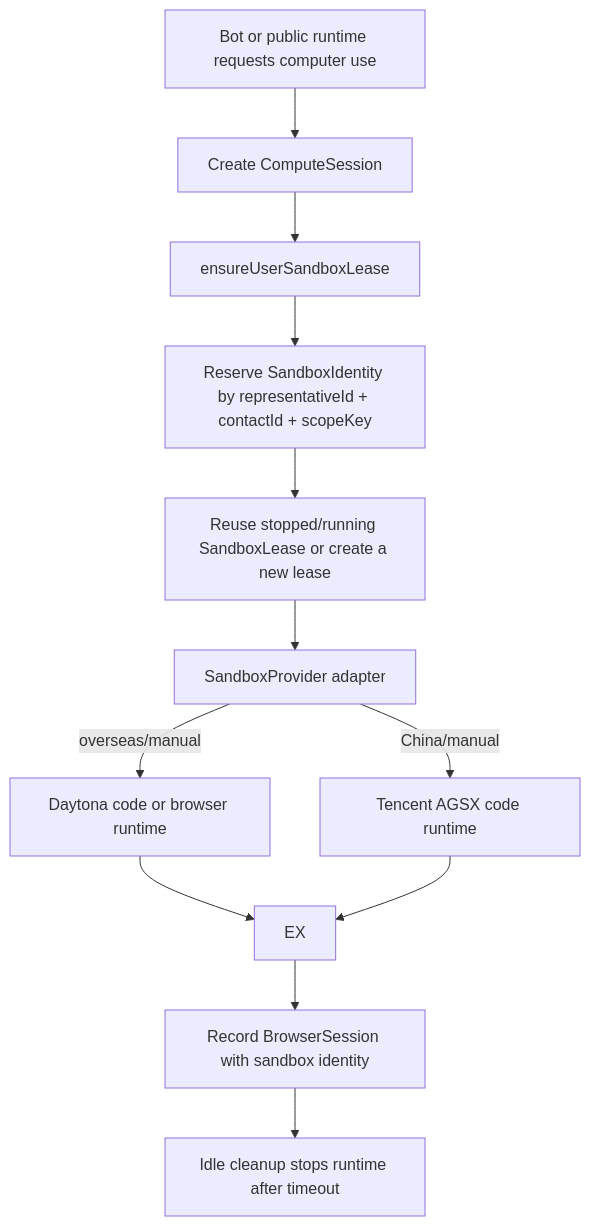
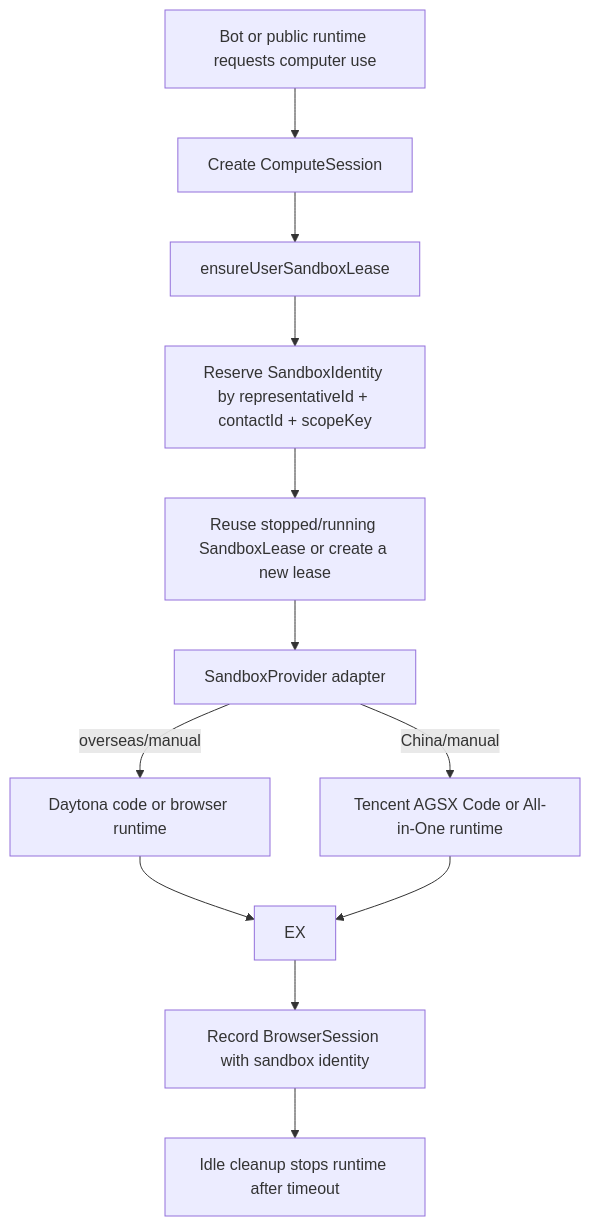
Before and after one commit to BIFNC-TEAM/Delegate: the diagram in docs/per-user-sandbox-runtime.md, drawn with Mermaid. The commit also changed other lines of this file and 242 other files, not shown here.

````diff
--- a/docs/per-user-sandbox-runtime.md
+++ b/docs/per-user-sandbox-runtime.md
@@ -21,14 +21,14 @@
 ```mermaid
 flowchart TD
     Bot["Bot or public runtime requests computer use"] --> CS["Create ComputeSession"]
     CS --> EUS["ensureUserSandboxLease"]
     EUS --> SI["Reserve SandboxIdentity by representativeId + contactId + scopeKey"]
     SI --> SL["Reuse stopped/running SandboxLease or create a new lease"]
     SL --> SP["SandboxProvider adapter"]
     SP -->|"overseas/manual"| Daytona["Daytona code or browser runtime"]
-    SP -->|"China/manual"| Tencent["Tencent AGSX code runtime"]
+    SP -->|"China/manual"| Tencent["Tencent AGSX Code or All-in-One runtime"]
     Daytona --> EX
     Tencent --> EX
     EX --> BS["Record BrowserSession with sandbox identity"]
     BS --> IDLE["Idle cleanup stops runtime after timeout"]
 ```
````
